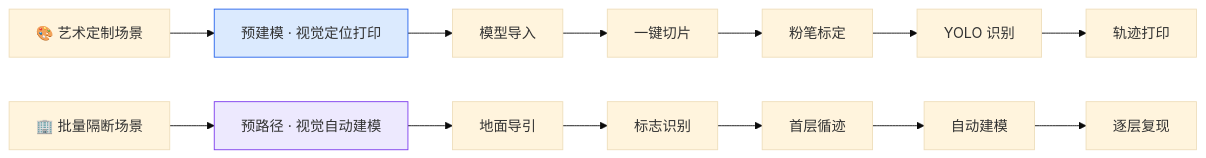
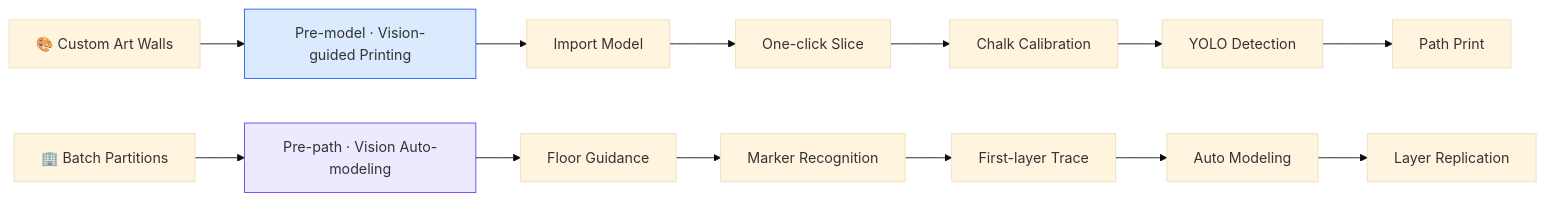
One commit to Zhu-Qianyu/Artwall-v1.0-A-Concrete-3D-Printing-Robot changed the diagram in README.md. Above: the diagram before and after it, drawn with Mermaid (base theme). The commit also changed other lines of this file, not shown here.

````diff
--- a/README.md
+++ b/README.md
@@ -124,11 +124,11 @@
 ```mermaid
 flowchart LR
-    A["🎨 艺术定制场景"] --> B["预建模 · 视觉定位打印"]
-    C["🏢 批量隔断场景"] --> D["预路径 · 视觉自动建模"]
+    A["🎨 Custom Art Walls"] --> B["Pre-model · Vision-guided Printing"]
+    C["🏢 Batch Partitions"] --> D["Pre-path · Vision Auto-modeling"]
 
-    B --> B1["模型导入"] --> B2["一键切片"] --> B3["粉笔标定"] --> B4["YOLO 识别"] --> B5["轨迹打印"]
-    D --> D1["地面导引"] --> D2["标志识别"] --> D3["首层循迹"] --> D4["自动建模"] --> D5["逐层复现"]
+    B --> B1["Import Model"] --> B2["One-click Slice"] --> B3["Chalk Calibration"] --> B4["YOLO Detection"] --> B5["Path Print"]
+    D --> D1["Floor Guidance"] --> D2["Marker Recognition"] --> D3["First-layer Trace"] --> D4["Auto Modeling"] --> D5["Layer Replication"]
 
     style B fill:#dbeafe,stroke:#2563eb
     style D fill:#ede9fe,stroke:#7c3aed
 ```
````
